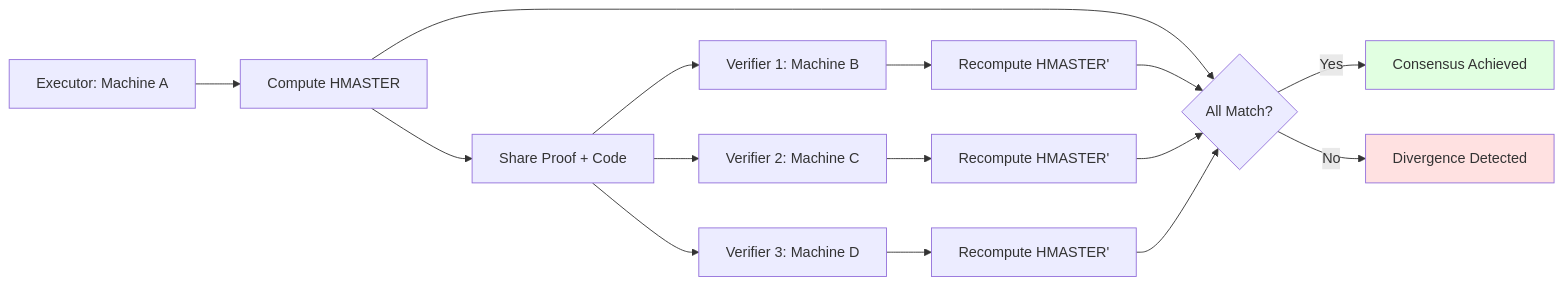
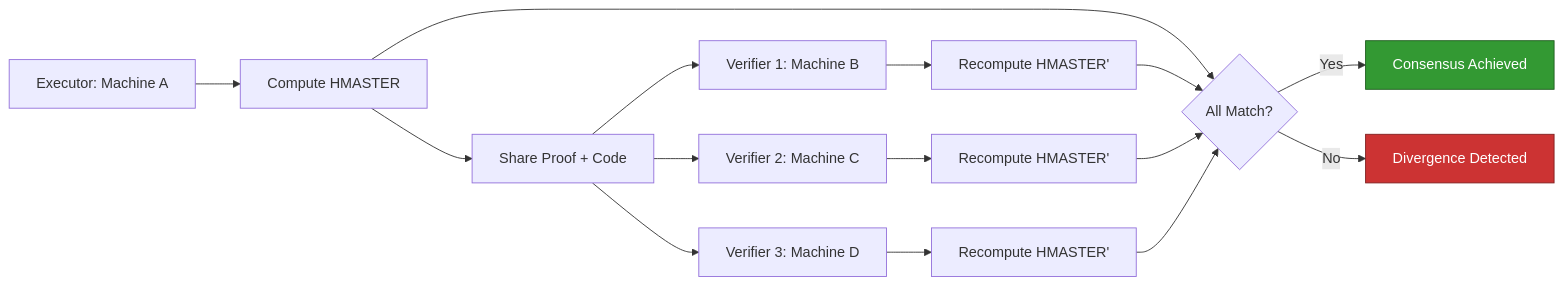
One commit to kushagrab21/BOR-SDK changed the tenth of 10 diagrams in docs/BoR_Execution_Trace_Report.md. Above: the diagram before and after it, drawn with Mermaid. The commit also changed other lines of this file, not shown here.

Commit message:
Fix Mermaid diagram colors: darker fills with white text for better visibility

````diff
--- a/docs/BoR_Execution_Trace_Report.md
+++ b/docs/BoR_Execution_Trace_Report.md
@@ -1117,24 +1117,24 @@
 ```mermaid
 graph LR
     A[Executor: Machine A] --> B[Compute HMASTER]
     B --> C[Share Proof + Code]
     
     C --> D[Verifier 1: Machine B]
     C --> E[Verifier 2: Machine C]
     C --> F[Verifier 3: Machine D]
     
     D --> G[Recompute HMASTER']
     E --> H[Recompute HMASTER']
     F --> I[Recompute HMASTER']
     
     B --> J{All Match?}
     G --> J
     H --> J
     I --> J
     
     J -->|Yes| K[Consensus Achieved]
     J -->|No| L[Divergence Detected]
     
-    style K fill:#e1ffe1
-    style L fill:#ffe1e1
+    style K fill:#339933,stroke:#1f5e1f,color:#fff
+    style L fill:#cc3333,stroke:#801f1f,color:#fff
 ```
````
